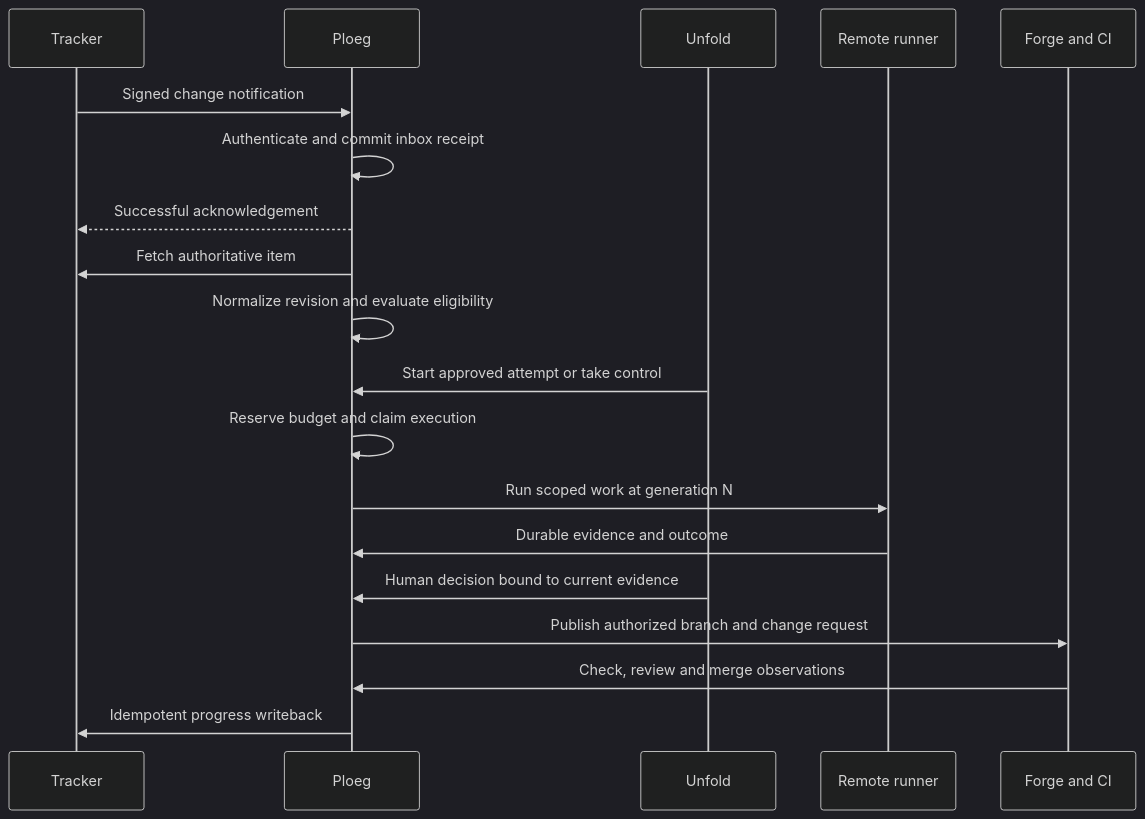
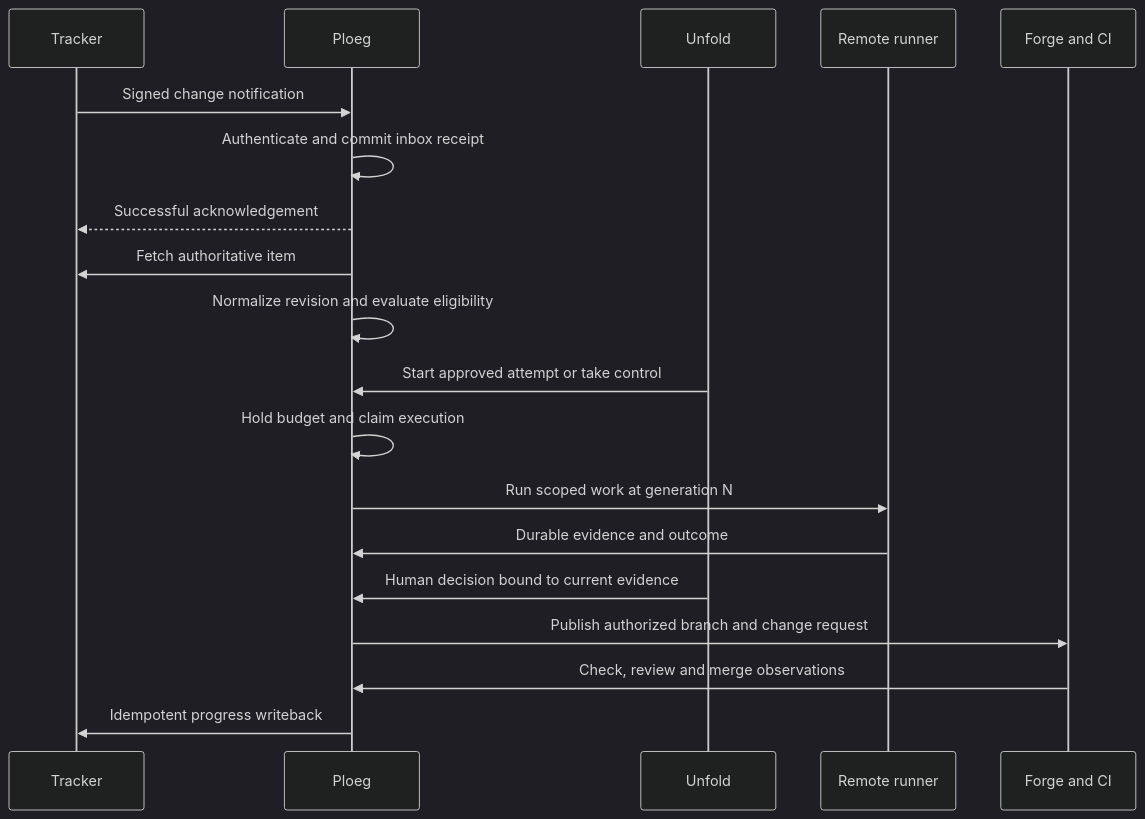
Before and after one commit to webgrip/unfold: the diagram in apps/unfold/docs/design/ticket-integration.md, drawn with Mermaid (dark theme). The commit also changed other lines of this file and 35 other files, not shown here.

````diff
--- a/apps/unfold/docs/design/ticket-integration.md
+++ b/apps/unfold/docs/design/ticket-integration.md
@@ -87,21 +87,21 @@
 ```mermaid
 sequenceDiagram
     participant T as Tracker
     participant P as Ploeg
     participant V as Unfold
     participant R as Remote runner
     participant F as Forge and CI
     T->>P: Signed change notification
     P->>P: Authenticate and commit inbox receipt
     P-->>T: Successful acknowledgement
     P->>T: Fetch authoritative item
     P->>P: Normalize revision and evaluate eligibility
     V->>P: Start approved attempt or take control
-    P->>P: Reserve budget and claim execution
+    P->>P: Hold budget and claim execution
     P->>R: Run scoped work at generation N
     R->>P: Durable evidence and outcome
     V->>P: Human decision bound to current evidence
     P->>F: Publish authorized branch and change request
     F->>P: Check, review and merge observations
     P->>T: Idempotent progress writeback
 ```
````
